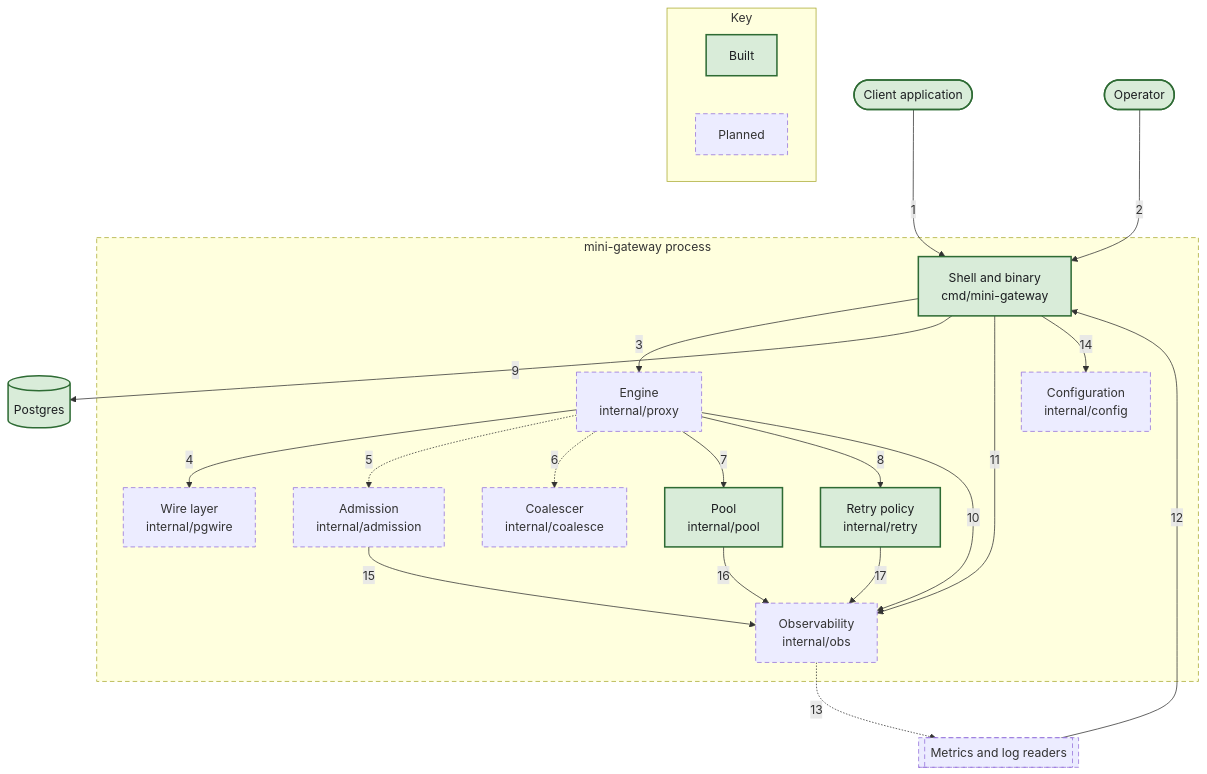
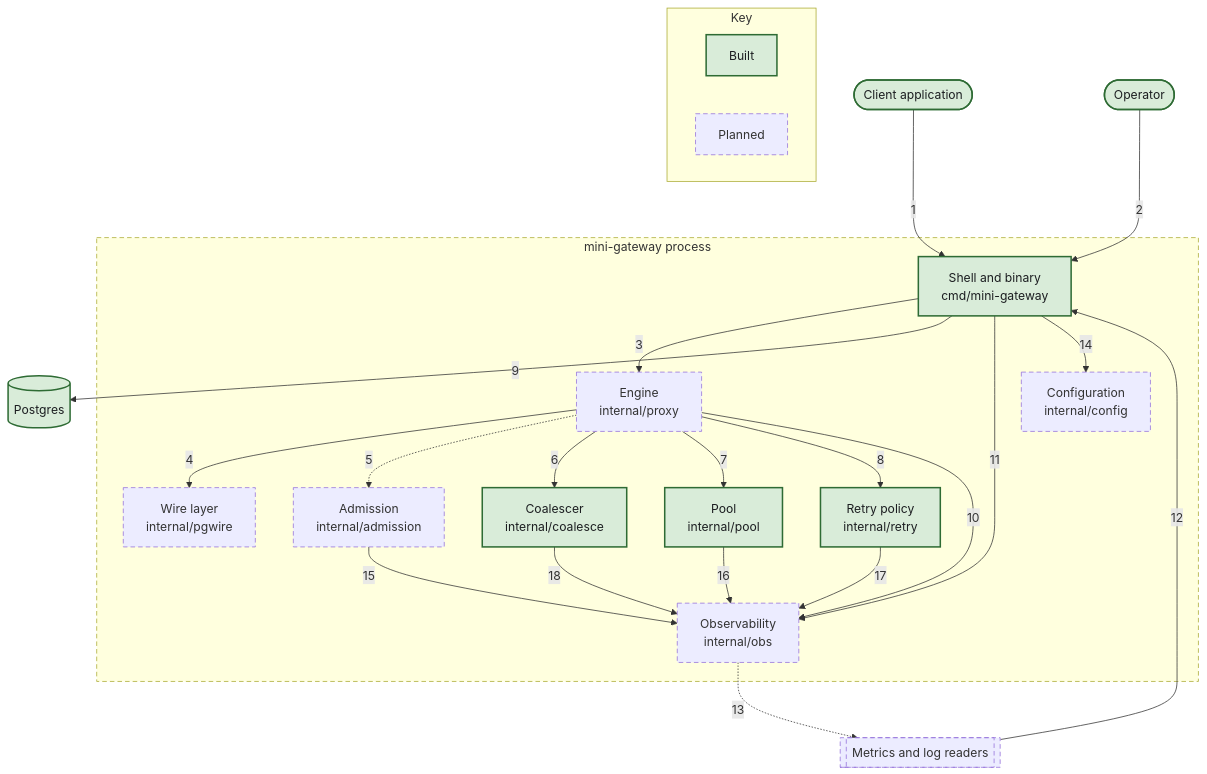
Before and after one commit to nickstrad/mini-gateway: the diagram in docs/c4/diagrams/02-container-request-path.mmd, drawn with Mermaid. The commit also changed 19 other files, not shown here.

First line of the commit message:
c4: Mark the coalescer built and bring its diagrams up to the code

```diff
--- a/docs/c4/diagrams/02-container-request-path.mmd
+++ b/docs/c4/diagrams/02-container-request-path.mmd
@@ -1,40 +1,41 @@
 flowchart TB
   APP(["Client application"]):::built
   OPERATOR(["Operator"]):::built
   PG[("Postgres")]:::built
   TELEMETRY[["Metrics and log readers"]]:::planned
   subgraph SCOPE["mini-gateway process"]
     C_SHELL["Shell and binary<br/>cmd/mini-gateway"]:::built
     C_ENGINE["Engine<br/>internal/proxy"]:::planned
     C_PGWIRE["Wire layer<br/>internal/pgwire"]:::planned
     C_ADM["Admission<br/>internal/admission"]:::planned
-    C_COAL["Coalescer<br/>internal/coalesce"]:::planned
+    C_COAL["Coalescer<br/>internal/coalesce"]:::built
     C_POOL["Pool<br/>internal/pool"]:::built
     C_RETRY["Retry policy<br/>internal/retry"]:::built
     C_OBS["Observability<br/>internal/obs"]:::planned
     C_CONFIG["Configuration<br/>internal/config"]:::planned
   end
   APP -->|1| C_SHELL
   OPERATOR -->|2| C_SHELL
   C_SHELL -->|3| C_ENGINE
   C_ENGINE -->|4| C_PGWIRE
   C_ENGINE -.->|5| C_ADM
-  C_ENGINE -.->|6| C_COAL
+  C_ENGINE -->|6| C_COAL
   C_ENGINE -->|7| C_POOL
   C_ENGINE -->|8| C_RETRY
   C_SHELL -->|9| PG
   C_ENGINE -->|10| C_OBS
   C_SHELL -->|11| C_OBS
   TELEMETRY -->|12| C_SHELL
   C_OBS -.->|13| TELEMETRY
   C_SHELL -->|14| C_CONFIG
   C_ADM -->|15| C_OBS
   C_POOL -->|16| C_OBS
   C_RETRY -->|17| C_OBS
+  C_COAL -->|18| C_OBS
   subgraph KEY["Key"]
     KEY_BUILT["Built"]:::built
     KEY_PLANNED["Planned"]:::planned
   end
   classDef built fill:#d9ecd9,stroke:#2e6b34,stroke-width:2px,color:#1c1e21
   classDef planned stroke-width:1px,stroke-dasharray:6 4
   style SCOPE stroke-dasharray:6 4
```
